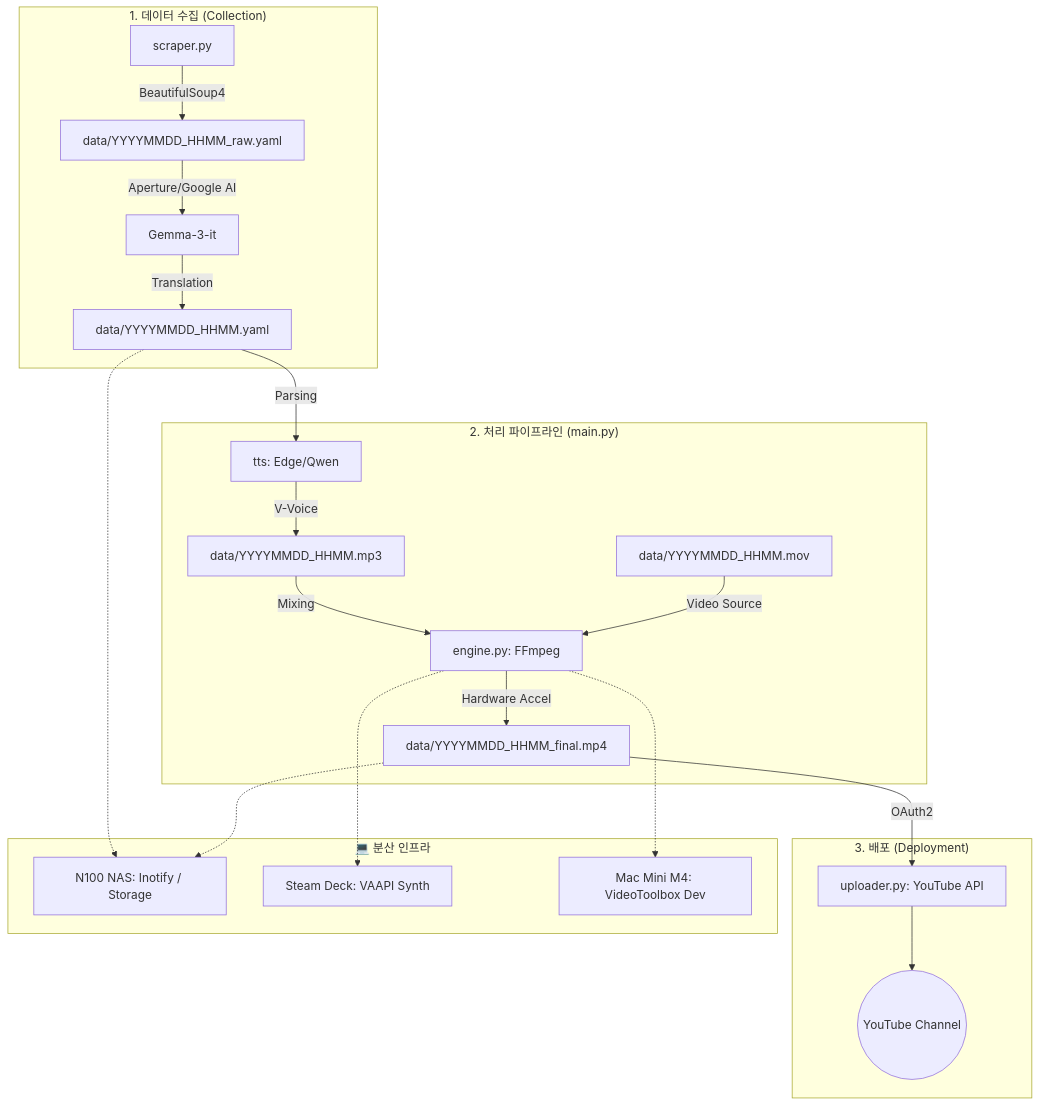
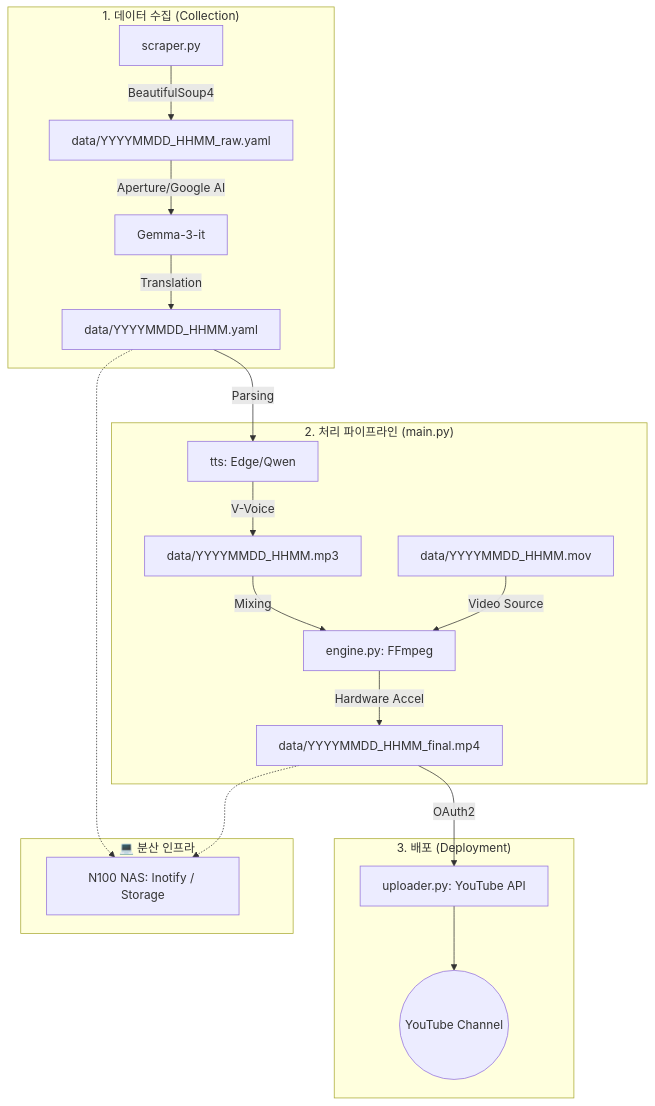
One commit to deuxksy/today-vn-news changed the diagram in README.md. Above: the diagram before and after it, drawn with Mermaid.

Commit message:
docs: 분산 인프라에서 Steam Deck/Mac Mini 제거

````diff
--- a/README.md
+++ b/README.md
@@ -15,34 +15,30 @@
 ```mermaid
 graph TD
     subgraph "1. 데이터 수집 (Collection)"
         S[scraper.py] -->|BeautifulSoup4| RAW[data/YYYYMMDD_HHMM_raw.yaml]
         RAW -->|Aperture/Google AI| G[Gemma-3-it]
         G -->|Translation| YAML[data/YYYYMMDD_HHMM.yaml]
     end
 
     subgraph "2. 처리 파이프라인 (main.py)"
         YAML -->|Parsing| TTS[tts: Edge/Qwen]
         TTS -->|V-Voice| MP3[data/YYYYMMDD_HHMM.mp3]
 
         MP3 -->|Mixing| Engine[engine.py: FFmpeg]
         MOV[data/YYYYMMDD_HHMM.mov] -->|Video Source| Engine
 
         Engine -->|Hardware Accel| Final[data/YYYYMMDD_HHMM_final.mp4]
     end
 
     subgraph "3. 배포 (Deployment)"
         Final -->|OAuth2| UP[uploader.py: YouTube API]
         UP --> YT((YouTube Channel))
     end
 
     subgraph "💻 분산 인프라"
         NAS[N100 NAS: Inotify / Storage]
-        SD[Steam Deck: VAAPI Synth]
-        MAC[Mac Mini M4: VideoToolbox Dev]
     end
 
     YAML -.-> NAS
     Final -.-> NAS
-    Engine -.-> SD
-    Engine -.-> MAC
 ```
````
